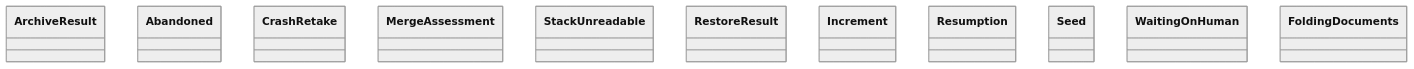
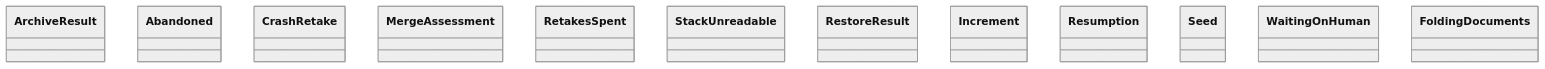
One commit to GonzaloZevallos/agentic-system changed the diagram in docs/architecture/generated/classes-process-application-lifecycle.md. Above: the diagram before and after it, drawn with Mermaid (neutral theme). The commit also changed 2 other files, not shown here.

Commit message:
Fit the gather_retakes docstring to the line limit and regenerate the docs for the new CLI flag and classes

````diff
--- a/docs/architecture/generated/classes-process-application-lifecycle.md
+++ b/docs/architecture/generated/classes-process-application-lifecycle.md
@@ -16,14 +16,15 @@
 ```mermaid
 classDiagram
     class archive__ArchiveResult["ArchiveResult"]
     class poll__Abandoned["Abandoned"]
     class poll__CrashRetake["CrashRetake"]
     class poll__MergeAssessment["MergeAssessment"]
+    class poll__RetakesSpent["RetakesSpent"]
     class poll__StackUnreadable["StackUnreadable"]
     class restore__RestoreResult["RestoreResult"]
     class resume__Increment["Increment"]
     class resume__Resumption["Resumption"]
     class resume__Seed["Seed"]
     class resume__WaitingOnHuman["WaitingOnHuman"]
     class schedule__FoldingDocuments["FoldingDocuments"]
 ```
````
